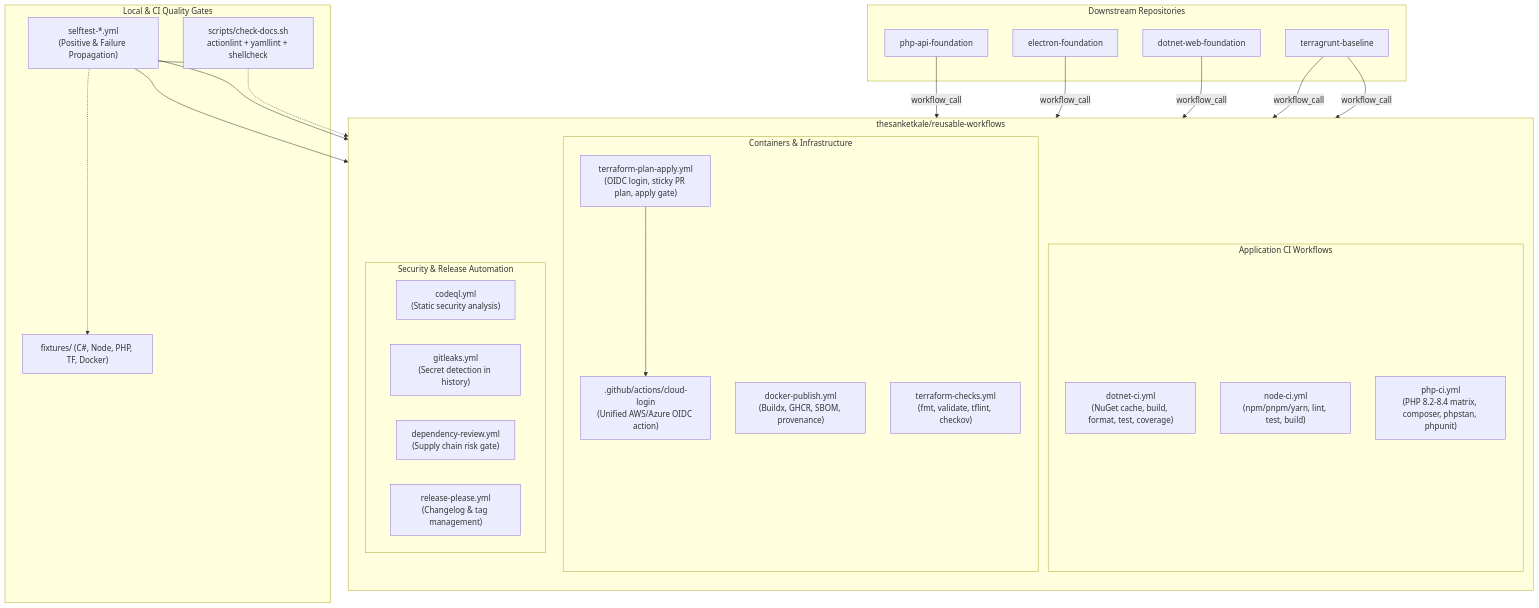
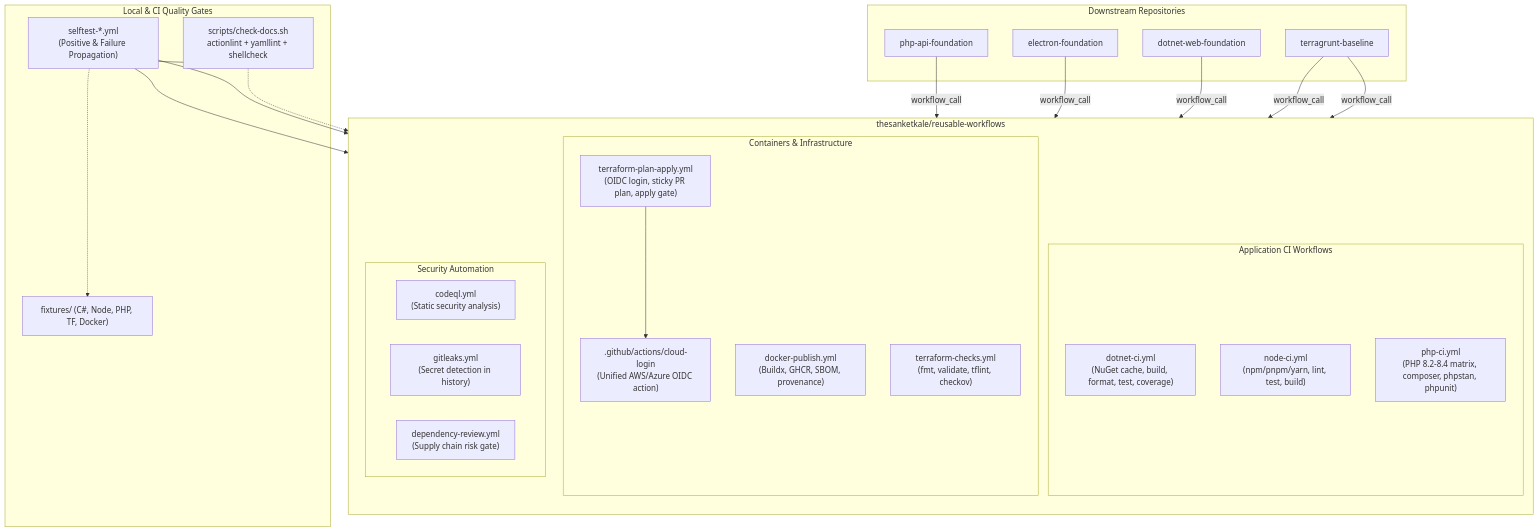
The diagram in docs/architecture.md (thesanketkale/reusable-workflows), drawn with Mermaid before and after one commit. The commit also changed 7 other files, not shown here.

````diff
--- a/docs/architecture.md
+++ b/docs/architecture.md
@@ -21,51 +21,50 @@
 ```mermaid
 flowchart TD
     subgraph Consumers["Downstream Repositories"]
         R_PHP["php-api-foundation"]
         R_Electron["electron-foundation"]
         R_DotNet["dotnet-web-foundation"]
         R_Terragrunt["terragrunt-baseline"]
     end
 
     subgraph Library["thesanketkale/reusable-workflows"]
         direction TB
         subgraph LanguageCI["Application CI Workflows"]
             WF_DotNet["dotnet-ci.yml\n(NuGet cache, build, format, test, coverage)"]
             WF_Node["node-ci.yml\n(npm/pnpm/yarn, lint, test, build)"]
             WF_PHP["php-ci.yml\n(PHP 8.2-8.4 matrix, composer, phpstan, phpunit)"]
         end
 
         subgraph InfraCI["Containers & Infrastructure"]
             WF_Docker["docker-publish.yml\n(Buildx, GHCR, SBOM, provenance)"]
             WF_TFChecks["terraform-checks.yml\n(fmt, validate, tflint, checkov)"]
             WF_TFPlanApply["terraform-plan-apply.yml\n(OIDC login, sticky PR plan, apply gate)"]
             CA_CloudLogin[".github/actions/cloud-login\n(Unified AWS/Azure OIDC action)"]
         end
 
-        subgraph SecurityCI["Security & Release Automation"]
+        subgraph SecurityCI["Security Automation"]
             WF_CodeQL["codeql.yml\n(Static security analysis)"]
             WF_Gitleaks["gitleaks.yml\n(Secret detection in history)"]
             WF_DepReview["dependency-review.yml\n(Supply chain risk gate)"]
-            WF_ReleasePlease["release-please.yml\n(Changelog & tag management)"]
         end
     end
 
     subgraph Gates["Local & CI Quality Gates"]
         Fixtures["fixtures/ (C#, Node, PHP, TF, Docker)"]
         Selftests["selftest-*.yml\n(Positive & Failure Propagation)"]
         Verify["scripts/check-docs.sh\nactionlint + yamllint + shellcheck"]
     end
 
     R_PHP -->|"workflow_call"| WF_PHP
     R_Electron -->|"workflow_call"| WF_Node
     R_DotNet -->|"workflow_call"| WF_DotNet
     R_Terragrunt -->|"workflow_call"| WF_TFChecks
     R_Terragrunt -->|"workflow_call"| WF_TFPlanApply
 
     WF_TFPlanApply --> CA_CloudLogin
     Selftests --> LanguageCI
     Selftests --> InfraCI
     Selftests --> SecurityCI
     Selftests -.-> Fixtures
     Verify -.-> Library
 ```
````
